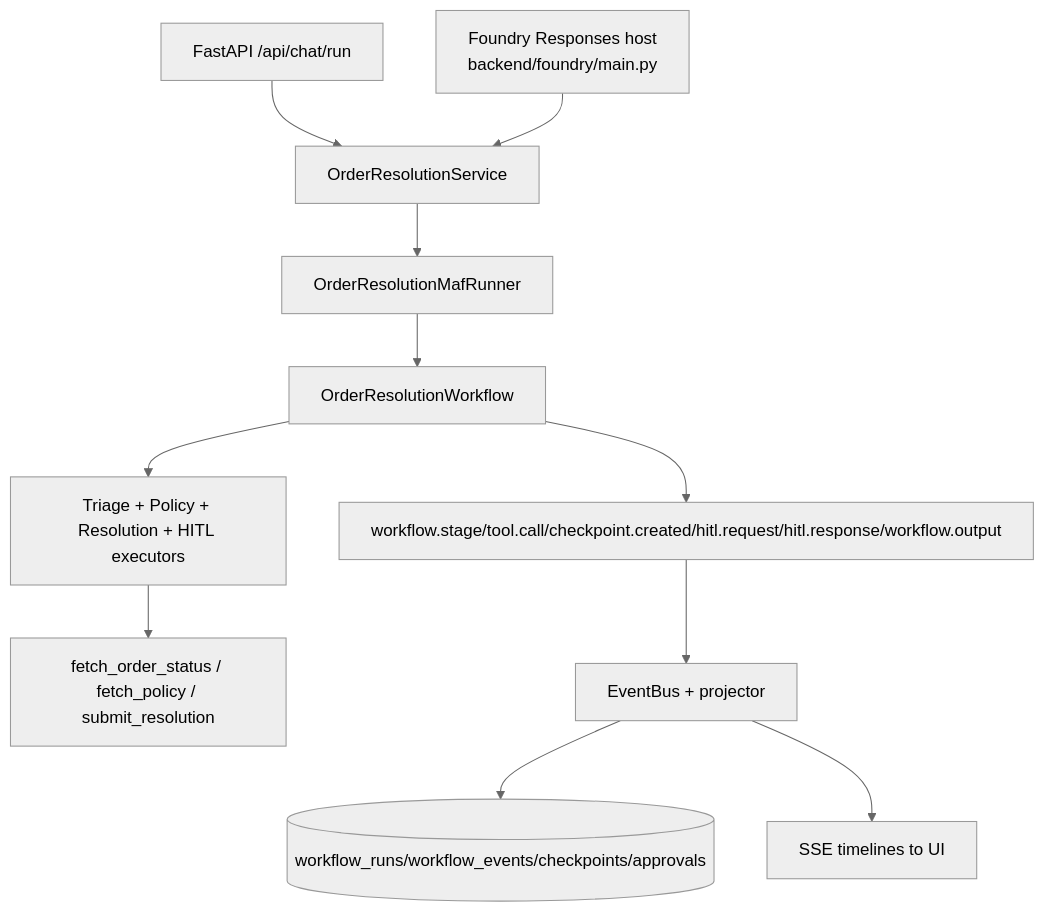
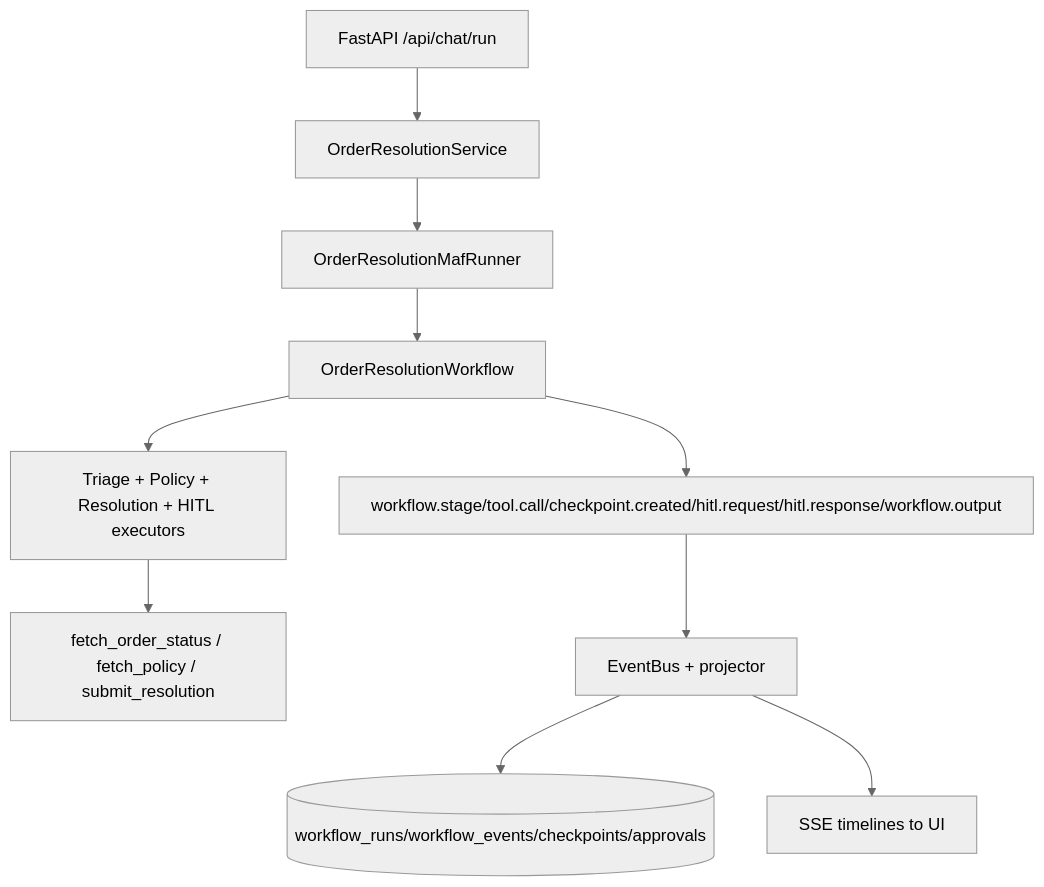
The second of 2 diagrams in docs/design/architecture.md (ppenumatsa1/maf-order-resolution-agent), drawn with Mermaid (neutral theme) before and after one commit. The commit also changed other lines of this file and 109 other files, not shown here.

````diff
--- a/docs/design/architecture.md
+++ b/docs/design/architecture.md
@@ -105,13 +105,12 @@
 ```mermaid
 flowchart TD
     A[FastAPI /api/chat/run] --> SVC[OrderResolutionService]
-    B[Foundry Responses host\nbackend/foundry/main.py] --> SVC
     SVC --> RUN[OrderResolutionMafRunner]
     RUN --> WF[OrderResolutionWorkflow]
     WF --> EX[Triage + Policy + Resolution + HITL executors]
     EX --> TOOLS[fetch_order_status / fetch_policy / submit_resolution]
     WF --> EVT[workflow.stage/tool.call/checkpoint.created/hitl.request/hitl.response/workflow.output]
     EVT --> BUS[EventBus + projector]
     BUS --> DB[(workflow_runs/workflow_events/checkpoints/approvals)]
     BUS --> SSE[SSE timelines to UI]
 ```
````
